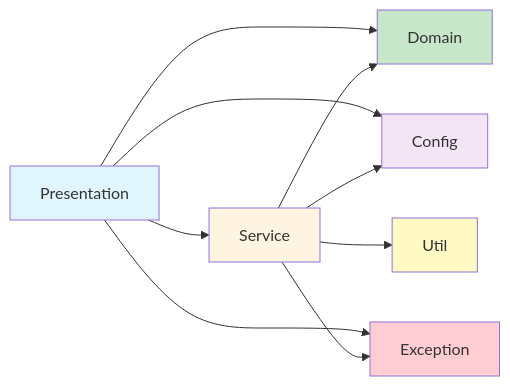
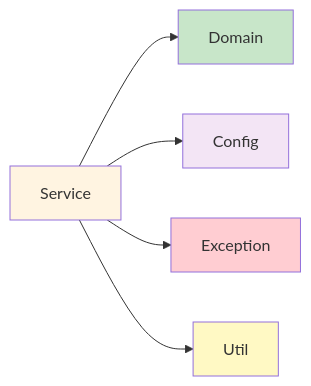
One commit to phillippitts/speakToMack changed the seventh of 9 diagrams in docs/diagrams/class-dependencies.md. Above: the diagram before and after it, drawn with Mermaid. The commit also changed other lines of this file and 18 other files, not shown here.

````diff
--- a/docs/diagrams/class-dependencies.md
+++ b/docs/diagrams/class-dependencies.md
@@ -342,18 +323,13 @@
 ```mermaid
 flowchart LR
-    Pres[Presentation] --> Svc[Service]
-    Svc --> Domain[Domain]
-    Pres --> Domain
+    Svc[Service] --> Domain[Domain]
     Svc --> Config[Config]
-    Pres --> Config
     Svc --> Exception[Exception]
-    Pres --> Exception
     Svc --> Util[Util]
 
-    style Pres fill:#e1f5ff
     style Svc fill:#fff4e1
     style Domain fill:#c8e6c9
     style Config fill:#f3e5f5
     style Exception fill:#ffcdd2
     style Util fill:#fff9c4
 ```
````
